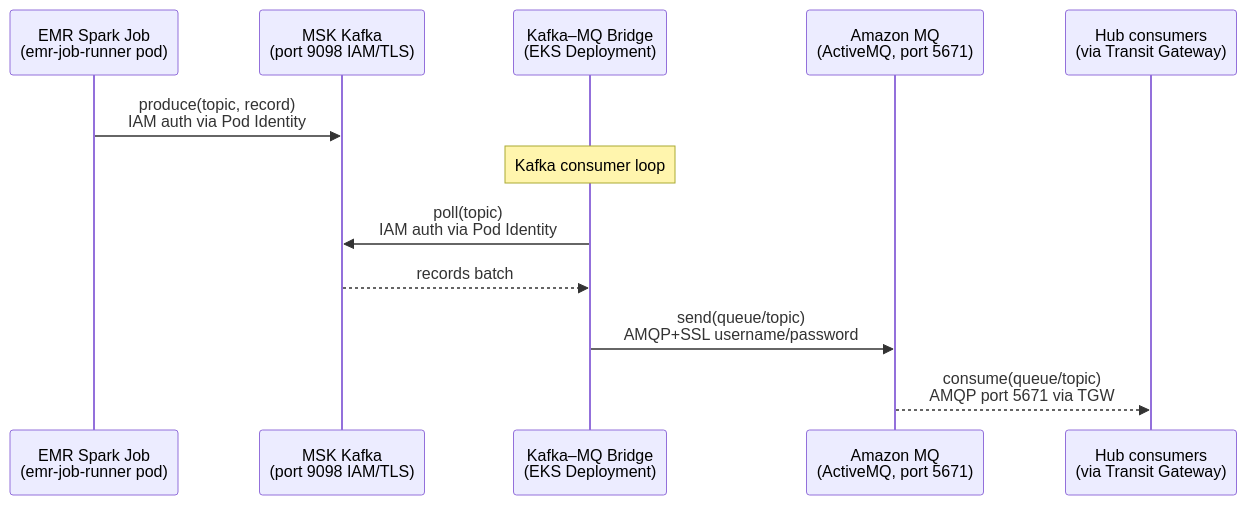
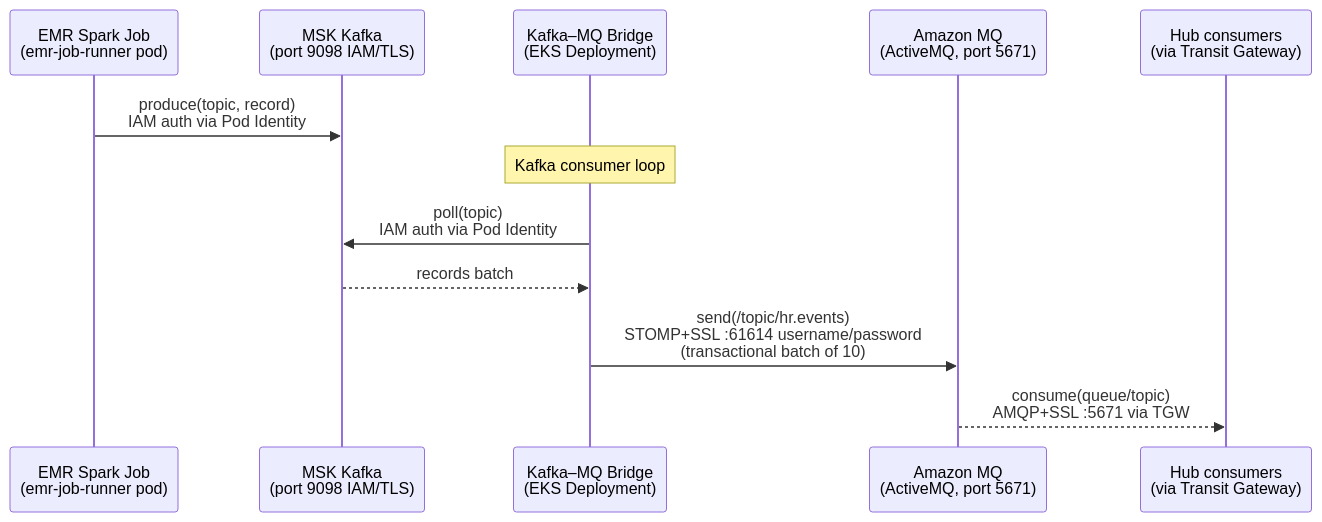
The tenth of 14 diagrams in docs/low-level-design.md (paragch/eks-hub-spoke), drawn with Mermaid before and after one commit. The commit also changed other lines of this file and 16 other files, not shown here.

````diff
--- a/docs/low-level-design.md
+++ b/docs/low-level-design.md
@@ -394,15 +398,15 @@
 ```mermaid
 sequenceDiagram
   participant SPARK  as EMR Spark Job<br/>(emr-job-runner pod)
   participant MSK    as MSK Kafka<br/>(port 9098 IAM/TLS)
   participant BRIDGE as Kafka–MQ Bridge<br/>(EKS Deployment)
   participant MQ     as Amazon MQ<br/>(ActiveMQ, port 5671)
   participant HUB    as Hub consumers<br/>(via Transit Gateway)
 
   SPARK->>MSK:   produce(topic, record)<br/>IAM auth via Pod Identity
   Note over BRIDGE: Kafka consumer loop
   BRIDGE->>MSK:  poll(topic)<br/>IAM auth via Pod Identity
   MSK-->>BRIDGE: records batch
-  BRIDGE->>MQ:   send(queue/topic)<br/>AMQP+SSL username/password
-  MQ-->>HUB:     consume(queue/topic)<br/>AMQP port 5671 via TGW
+  BRIDGE->>MQ:   send(/topic/hr.events)<br/>STOMP+SSL :61614 username/password<br/>(transactional batch of 10)
+  MQ-->>HUB:     consume(queue/topic)<br/>AMQP+SSL :5671 via TGW
 ```
````
